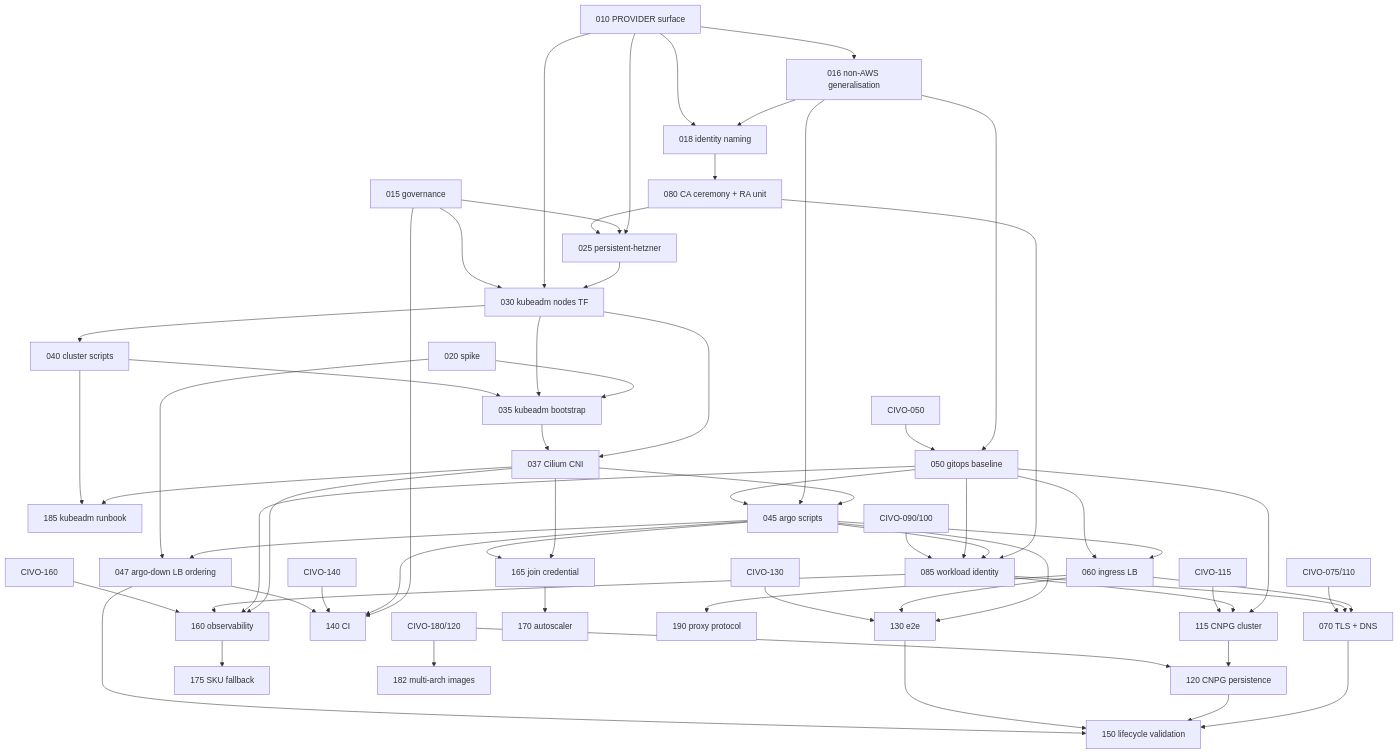
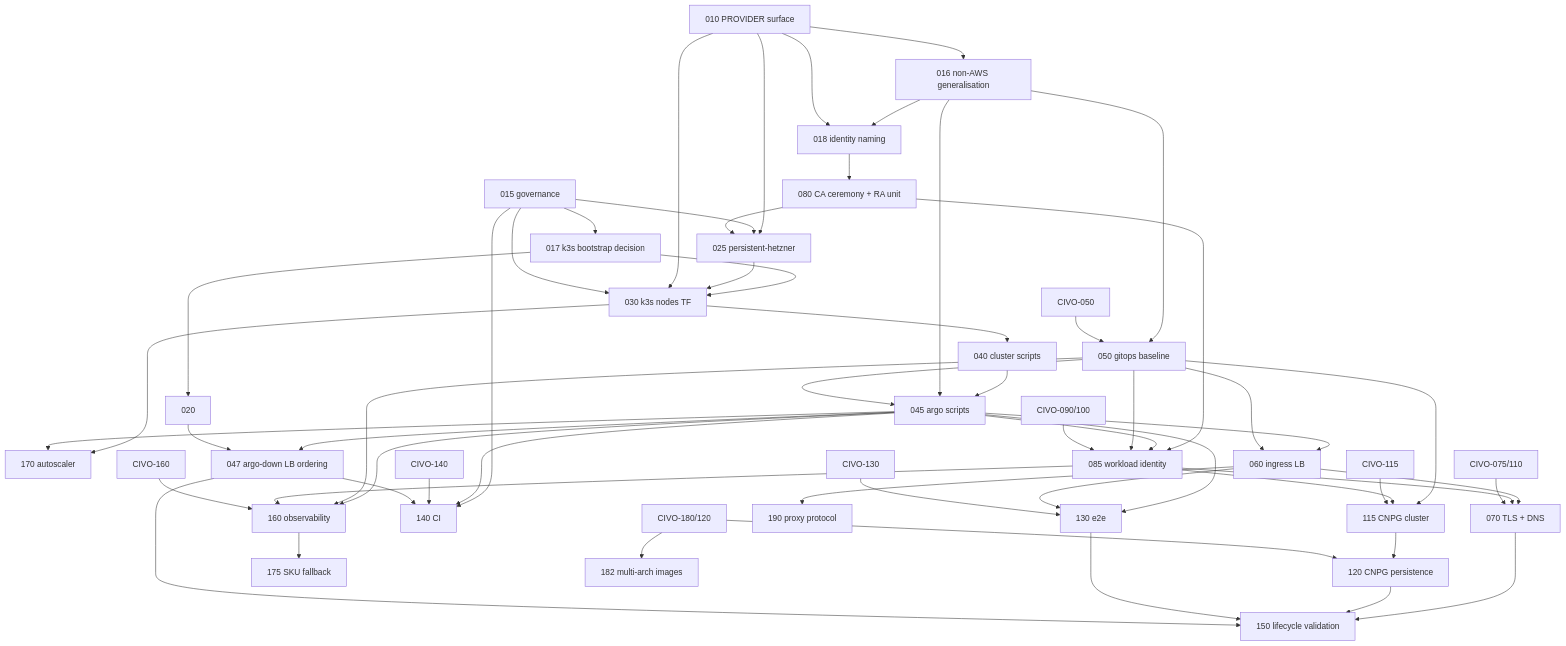
The diagram in specs/hetzner/roadmap.md (savak1990/vk-lab-platform), drawn with Mermaid before and after one commit. The commit also changed other lines of this file and 32 other files, not shown here.

First line of the commit message:
HETZ-017: k3s replaces kubeadm as the Hetzner bootstrap (ADR 0037) (#38)

````diff
--- a/specs/hetzner/roadmap.md
+++ b/specs/hetzner/roadmap.md
@@ -13,63 +13,58 @@
 ```mermaid
 flowchart TD
   010[010 PROVIDER surface] --> 016[016 non-AWS generalisation]
   016 --> 018[018 identity naming]
   010 --> 018
   010 --> 025[025 persistent-hetzner]
   015[015 governance] --> 025
+  015 --> 017[017 k3s bootstrap decision]
+  017 --> 030
+  017 --> 020
   015 --> 140[140 CI]
-  020[020 spike] --> 035[035 kubeadm bootstrap]
-  025 --> 030[030 kubeadm nodes TF]
+  025 --> 030[030 k3s nodes TF]
   010 --> 030
   015 --> 030
   030 --> 040[040 cluster scripts]
-  030 --> 035
-  040 --> 035
-  030 --> 037[037 Cilium CNI]
-  035 --> 037
-  037 --> 045[045 argo scripts]
+  040 --> 045[045 argo scripts]
   016 --> 045
   050[050 gitops baseline] --> 045
   016 --> 050
   C050[CIVO-050] --> 050
   045 --> 060[060 ingress LB]
   050 --> 060
   045 --> 047[047 argo-down LB ordering]
   020 --> 047
   018 --> 080[080 CA ceremony + RA unit]
   080 --> 025
   080 --> 085[085 workload identity]
   045 --> 085
   050 --> 085
   C090[CIVO-090/100] --> 085
   060 --> 070[070 TLS + DNS]
   085 --> 070
   C075[CIVO-075/110] --> 070
   050 --> 115[115 CNPG cluster]
   085 --> 115
   C115[CIVO-115] --> 115
   115 --> 120[120 CNPG persistence]
   C180[CIVO-180/120] --> 120
   C180 --> 182[182 multi-arch images]
   045 --> 130[130 e2e]
   060 --> 130
   C130[CIVO-130] --> 130
   045 --> 140
   C140[CIVO-140] --> 140
-  037 --> 160[160 observability]
+  045 --> 160[160 observability]
   050 --> 160
   085 --> 160
   C160[CIVO-160] --> 160
   070 --> 150[150 lifecycle validation]
   120 --> 150
   130 --> 150
   047 --> 150
   047 --> 140
-  037 --> 165[165 join credential]
-  045 --> 165
-  165 --> 170[170 autoscaler]
-  037 --> 185[185 kubeadm runbook]
-  040 --> 185
+  030 --> 170[170 autoscaler]
+  045 --> 170
   160 --> 175[175 SKU fallback]
   060 --> 190[190 proxy protocol]
 ```
````
